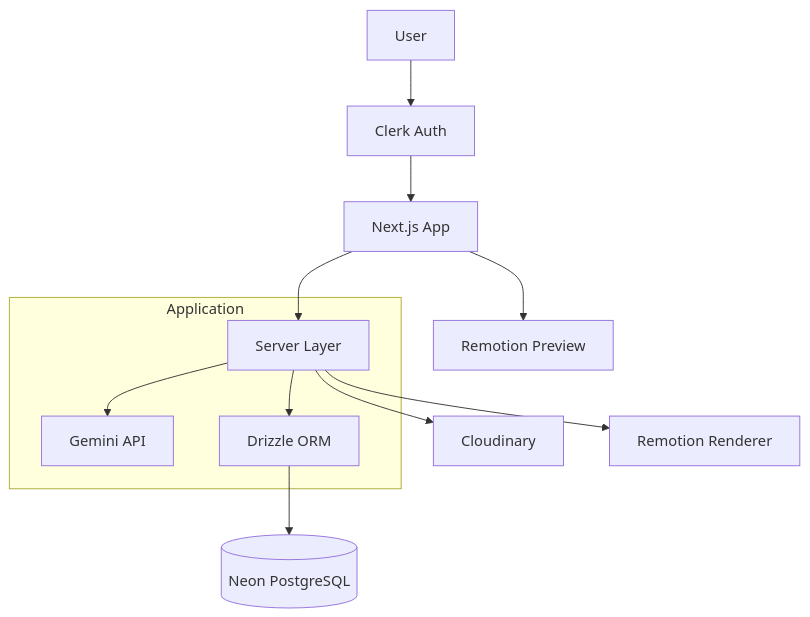
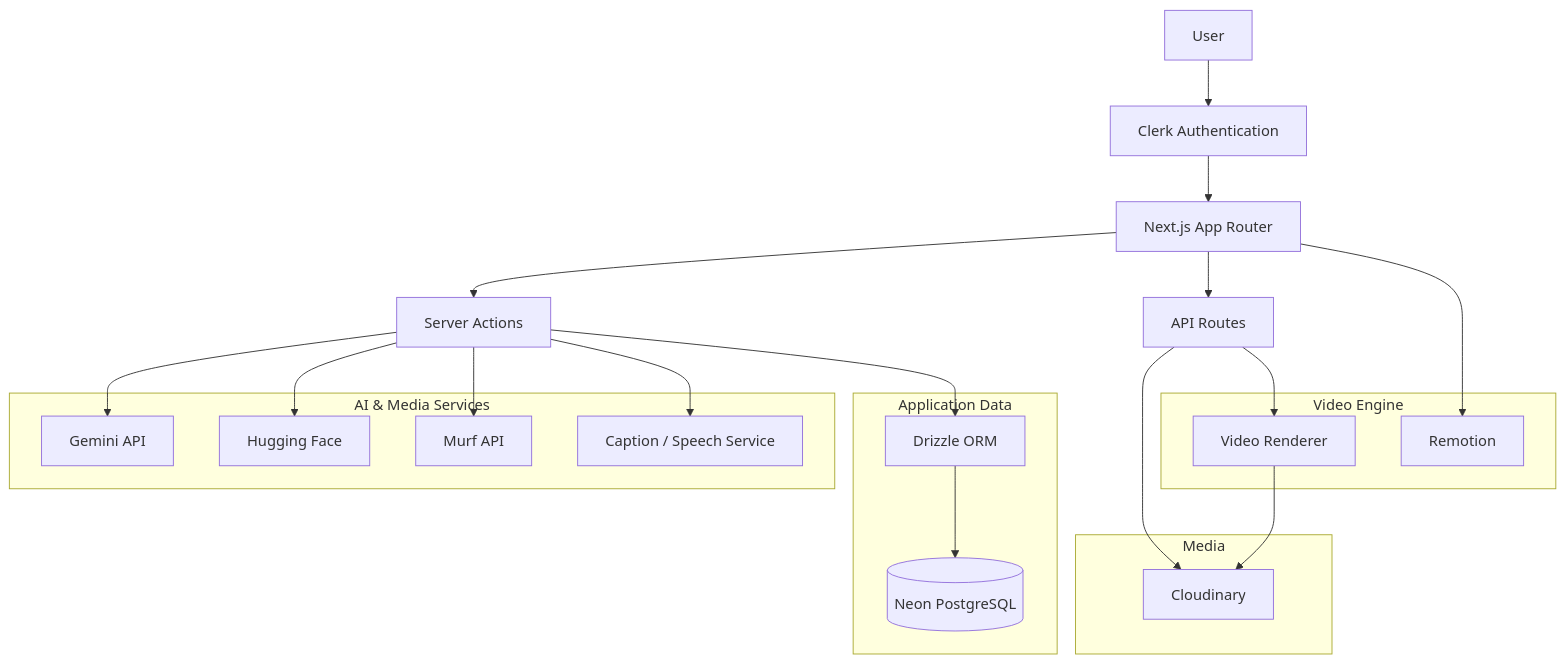
One commit to SonCryptoz/ai-video-generator changed the second of 2 diagrams in README.md. Above: the diagram before and after it, drawn with Mermaid. The commit also changed other lines of this file, not shown here.

````diff
--- a/README.md
+++ b/README.md
@@ -62,18 +99,44 @@
 ```mermaid
 graph TD
 
-    A[User] --> B[Clerk Auth]
-    B --> C[Next.js App]
+    A[User] --> B[Clerk Authentication]
+    B --> C[Next.js App Router]
 
-    C --> D[Server Layer]
+    C --> D[Server Actions]
+    C --> E[API Routes]
 
-    subgraph Application
-        D --> E[Gemini API]
-        D --> F[Drizzle ORM]
+    subgraph AI["AI & Media Services"]
+        F[Gemini API]
+        G[Hugging Face]
+        H[Murf API]
+        I[Caption / Speech Service]
     end
 
-    F --> G[(Neon PostgreSQL)]
-    D --> H[Cloudinary]
-    D --> I[Remotion Renderer]
-    C --> J[Remotion Preview]
+    subgraph Data["Application Data"]
+        J[Drizzle ORM]
+        K[(Neon PostgreSQL)]
+    end
+
+    subgraph Media["Media"]
+        L[Cloudinary]
+    end
+
+    subgraph Video["Video Engine"]
+        M[Remotion]
+        N[Video Renderer]
+    end
+
+    D --> F
+    D --> G
+    D --> H
+    D --> I
+
+    D --> J
+    J --> K
+
+    E --> L
+
+    C --> M
+    E --> N
+    N --> L
 ```
````
